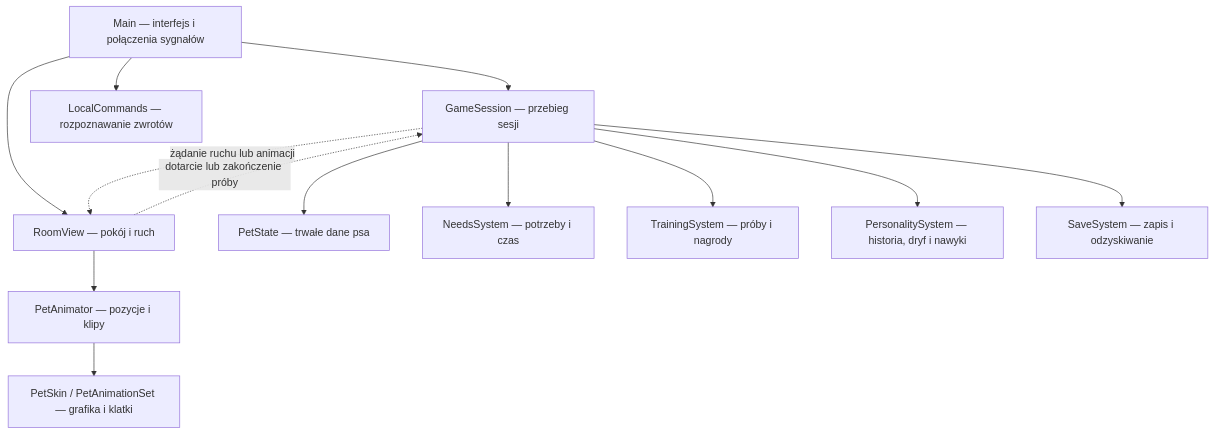
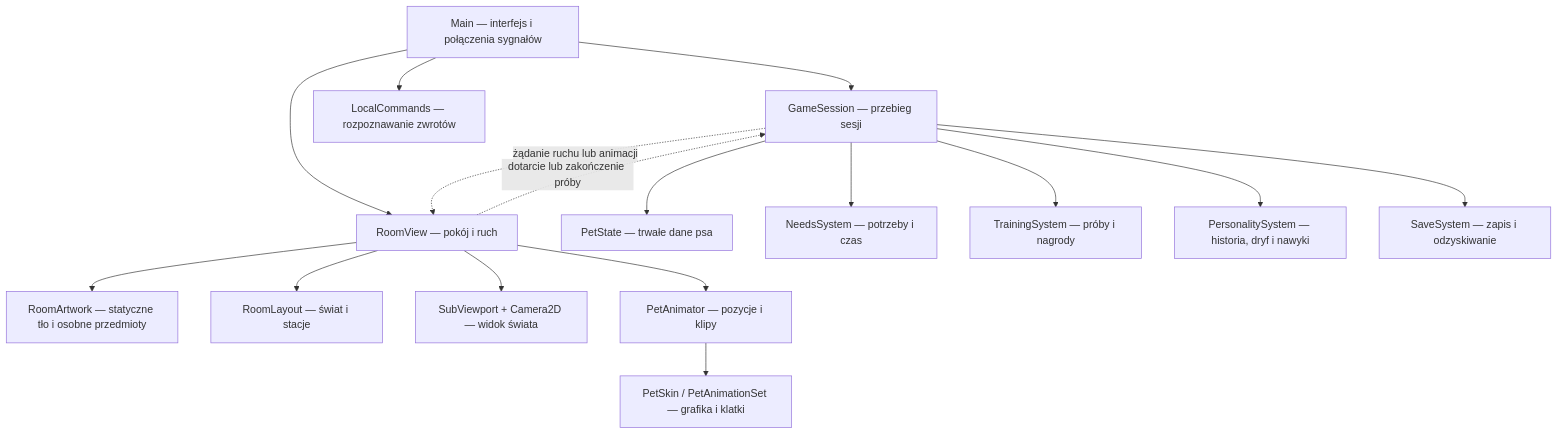
One commit to maciejkempisty-lang/YuFriend changed the first of 2 diagrams in docs/architektura.md. Above: the diagram before and after it, drawn with Mermaid. The commit also changed other lines of this file and 89 other files, not shown here.

````diff
--- a/docs/architektura.md
+++ b/docs/architektura.md
@@ -13,15 +17,18 @@
 ```mermaid
 flowchart TD
     Main["Main — interfejs i połączenia sygnałów"] --> Session["GameSession — przebieg sesji"]
     Main --> Room["RoomView — pokój i ruch"]
     Session --> State["PetState — trwałe dane psa"]
     Session --> Needs["NeedsSystem — potrzeby i czas"]
     Session --> Training["TrainingSystem — próby i nagrody"]
     Session --> Personality["PersonalitySystem — historia, dryf i nawyki"]
     Session --> Save["SaveSystem — zapis i odzyskiwanie"]
     Main --> Commands["LocalCommands — rozpoznawanie zwrotów"]
+    Room --> Artwork["RoomArtwork — statyczne tło i osobne przedmioty"]
+    Room --> Layout["RoomLayout — świat i stacje"]
+    Room --> Camera["SubViewport + Camera2D — widok świata"]
     Room --> Animator["PetAnimator — pozycje i klipy"]
     Animator --> Skin["PetSkin / PetAnimationSet — grafika i klatki"]
     Session -. "żądanie ruchu lub animacji" .-> Room
     Room -. "dotarcie lub zakończenie próby" .-> Session
 ```
````
